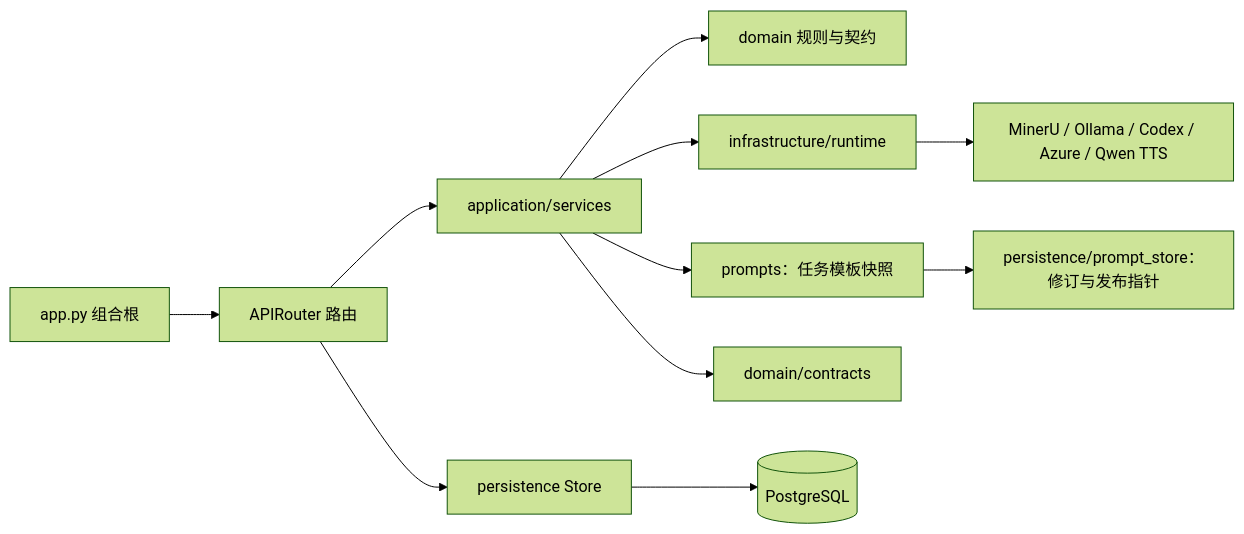
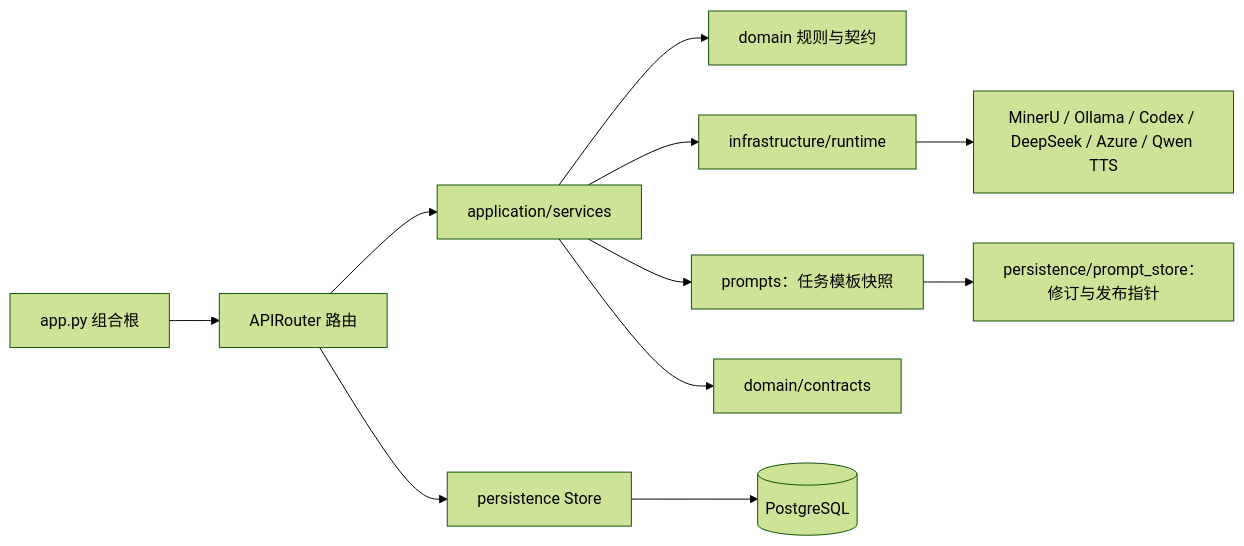
One commit to ningkaikok/dotty-tutor changed the first of 2 diagrams in docs/codebase-guide.md. Above: the diagram before and after it, drawn with Mermaid (forest theme). The commit also changed other lines of this file and 17 other files, not shown here.

````diff
--- a/docs/codebase-guide.md
+++ b/docs/codebase-guide.md
@@ -191,13 +198,13 @@
 ```mermaid
 flowchart LR
   App["app.py 组合根"] --> Routes["APIRouter 路由"]
   Routes --> Services["application/services"]
   Services --> Domain["domain 规则与契约"]
   Routes --> Stores["persistence Store"]
   Services --> Runtime["infrastructure/runtime"]
   Services --> Prompts["prompts：任务模板快照"]
   Prompts --> PromptStore["persistence/prompt_store：修订与发布指针"]
   Services --> Contracts["domain/contracts"]
   Stores --> PostgreSQL[(PostgreSQL)]
-  Runtime --> External["MinerU / Ollama / Codex / Azure / Qwen TTS"]
+  Runtime --> External["MinerU / Ollama / Codex / DeepSeek / Azure / Qwen TTS"]
 ```
````
